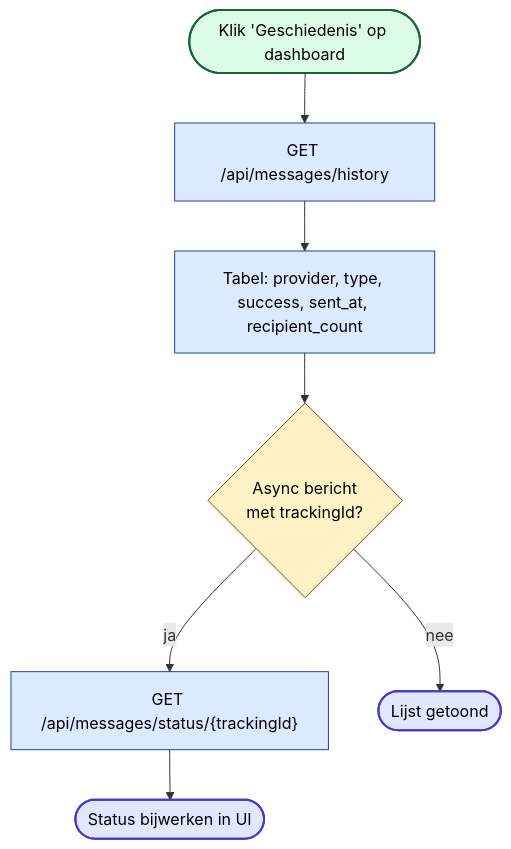
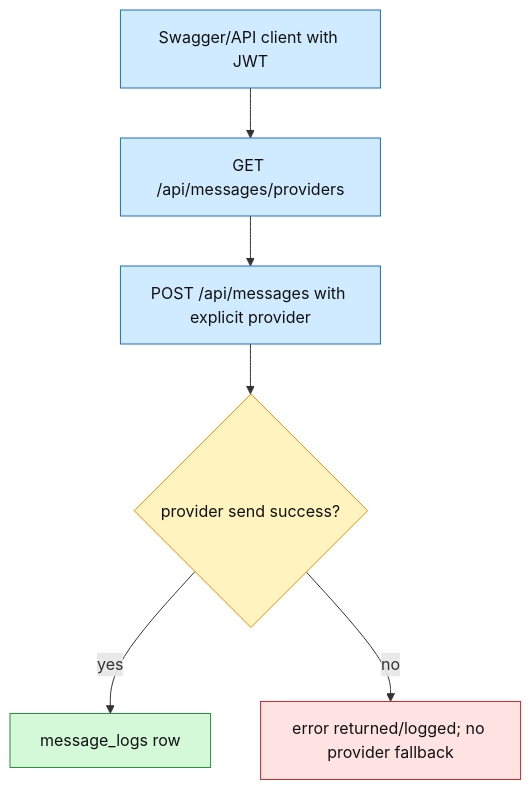
The third of 3 diagrams in docs/c4/07-user-flow.md (Rishyansyal/OpenMRSmoduleBackend), drawn with Mermaid before and after one commit. The commit also changed other lines of this file and 160 other files, not shown here.

````diff
--- a/docs/c4/07-user-flow.md
+++ b/docs/c4/07-user-flow.md
@@ -96,20 +54,18 @@
 ```mermaid
 flowchart TD
-    classDef start fill:#dcfce7,stroke:#166534,stroke-width:2px,color:#000
-    classDef action fill:#dbeafe,stroke:#1e40af,stroke-width:1px,color:#000
-    classDef decision fill:#fef3c7,stroke:#92400e,stroke-width:1px,color:#000
-    classDef done fill:#e0e7ff,stroke:#4338ca,stroke-width:2px,color:#000
+    classDef action fill:#d0ebff,stroke:#1971c2,color:#111
+    classDef decision fill:#fff3bf,stroke:#f08c00,color:#111
+    classDef done fill:#d3f9d8,stroke:#2b8a3e,color:#111
+    classDef error fill:#ffe3e3,stroke:#c92a2a,color:#111
 
-    Start([Klik 'Geschiedenis' op dashboard]):::start
-    Load["GET /api/messages/history"]:::action
-    Render["Tabel: provider, type, success, sent_at, recipient_count"]:::action
-    Async{Async bericht<br/>met trackingId?}:::decision
-    Poll["GET /api/messages/status/{trackingId}"]:::action
-    UpdateStatus(["Status bijwerken in UI"]):::done
-    Done(["Lijst getoond"]):::done
+    client["Swagger/API client with JWT"]:::action
+    providers["GET /api/messages/providers"]:::action
+    send["POST /api/messages with explicit provider"]:::action
+    ok{"provider send success?"}:::decision
+    log["message_logs row"]:::done
+    fail["error returned/logged; no provider fallback"]:::error
 
-    Start --> Load --> Render
-    Render --> Async
-    Async -->|ja| Poll --> UpdateStatus
-    Async -->|nee| Done
+    client --> providers --> send --> ok
+    ok -->|yes| log
+    ok -->|no| fail
 ```
````
